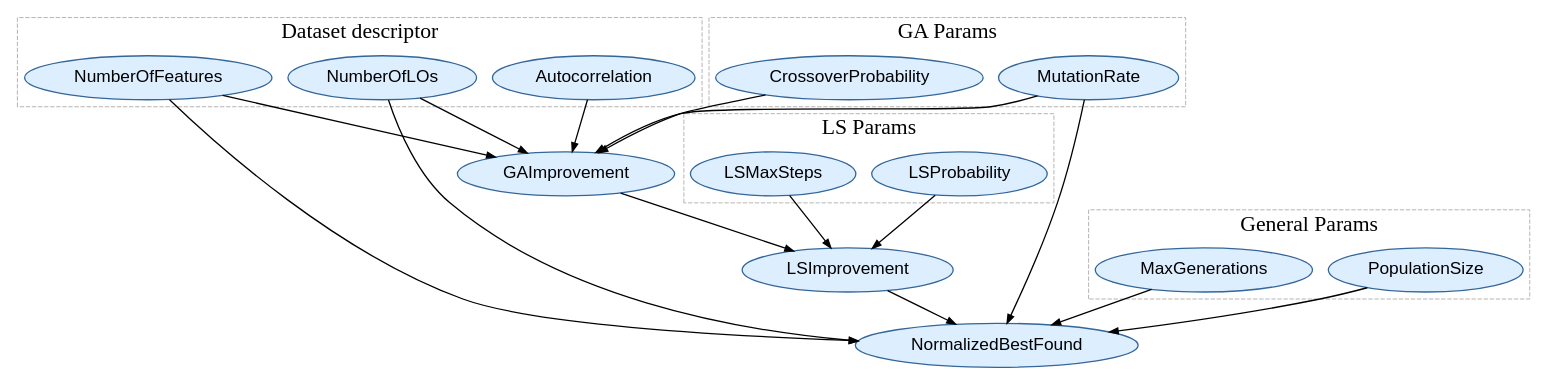
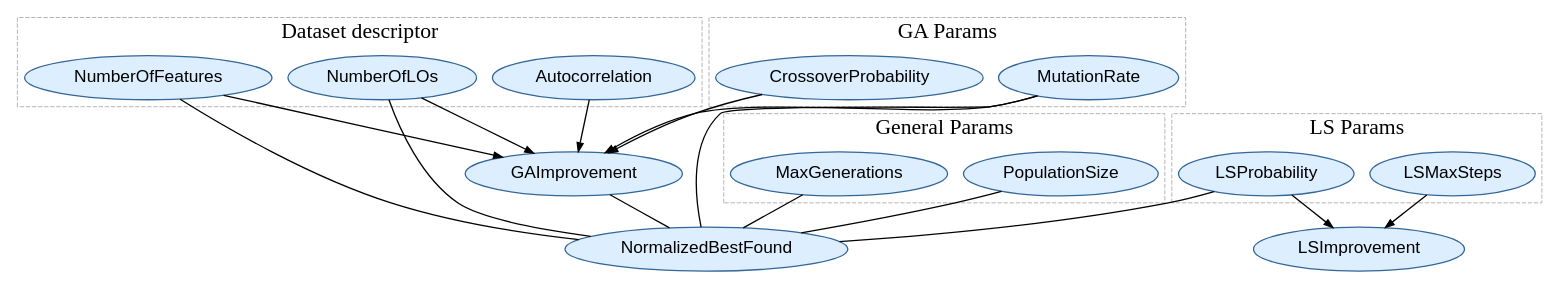
Before and after one commit to alfkristian02/MA-parametric-analysis: the diagram in causal/pc_res/pc_syn.dot, drawn with Graphviz. The commit also changed 13 other files, not shown here.

```diff
--- a/causal/pc_res/pc_syn.dot
+++ b/causal/pc_res/pc_syn.dot
@@ -1,36 +1,36 @@
 digraph {
   rankdir=TB;
   bgcolor=white;
   node [shape=ellipse fontsize=20 fontname="Helvetica" style=filled fillcolor="#ddeeff" color="#336699" penwidth=1.5 margin=0.1];
   edge [penwidth=1.5 arrowsize=1.0];
   subgraph cluster_dataset {
     label="Dataset descriptor"; style=dashed; color="#aaaaaa"; fontsize=25
     "Autocorrelation"; "NumberOfFeatures"; "NumberOfLOs";
   }
   subgraph cluster_ga {
     label="GA Params"; style=dashed; color="#aaaaaa"; fontsize=25
     "CrossoverProbability"; "MutationRate";
   }
   subgraph cluster_ls {
     label="LS Params"; style=dashed; color="#aaaaaa"; fontsize=25
     "LSProbability"; "LSMaxSteps";
   }
   subgraph cluster_general {
     label="General Params"; style=dashed; color="#aaaaaa"; fontsize=25
     "PopulationSize"; "MaxGenerations";
   }
   "CrossoverProbability" -> "GAImprovement";
-  "MutationRate" -> "NormalizedBestFound";
+  "MutationRate" -> "NormalizedBestFound" [dir=none];
   "MutationRate" -> "GAImprovement";
+  "LSProbability" -> "NormalizedBestFound" [dir=none];
   "LSProbability" -> "LSImprovement";
   "LSMaxSteps" -> "LSImprovement";
-  "GAImprovement" -> "LSImprovement";
-  "LSImprovement" -> "NormalizedBestFound";
-  "PopulationSize" -> "NormalizedBestFound";
-  "MaxGenerations" -> "NormalizedBestFound";
+  "GAImprovement" -> "NormalizedBestFound" [dir=none];
+  "PopulationSize" -> "NormalizedBestFound" [dir=none];
+  "MaxGenerations" -> "NormalizedBestFound" [dir=none];
   "Autocorrelation" -> "GAImprovement";
-  "NumberOfFeatures" -> "NormalizedBestFound";
+  "NumberOfFeatures" -> "NormalizedBestFound" [dir=none];
   "NumberOfFeatures" -> "GAImprovement";
-  "NumberOfLOs" -> "NormalizedBestFound";
+  "NumberOfLOs" -> "NormalizedBestFound" [dir=none];
   "NumberOfLOs" -> "GAImprovement";
 }
```
